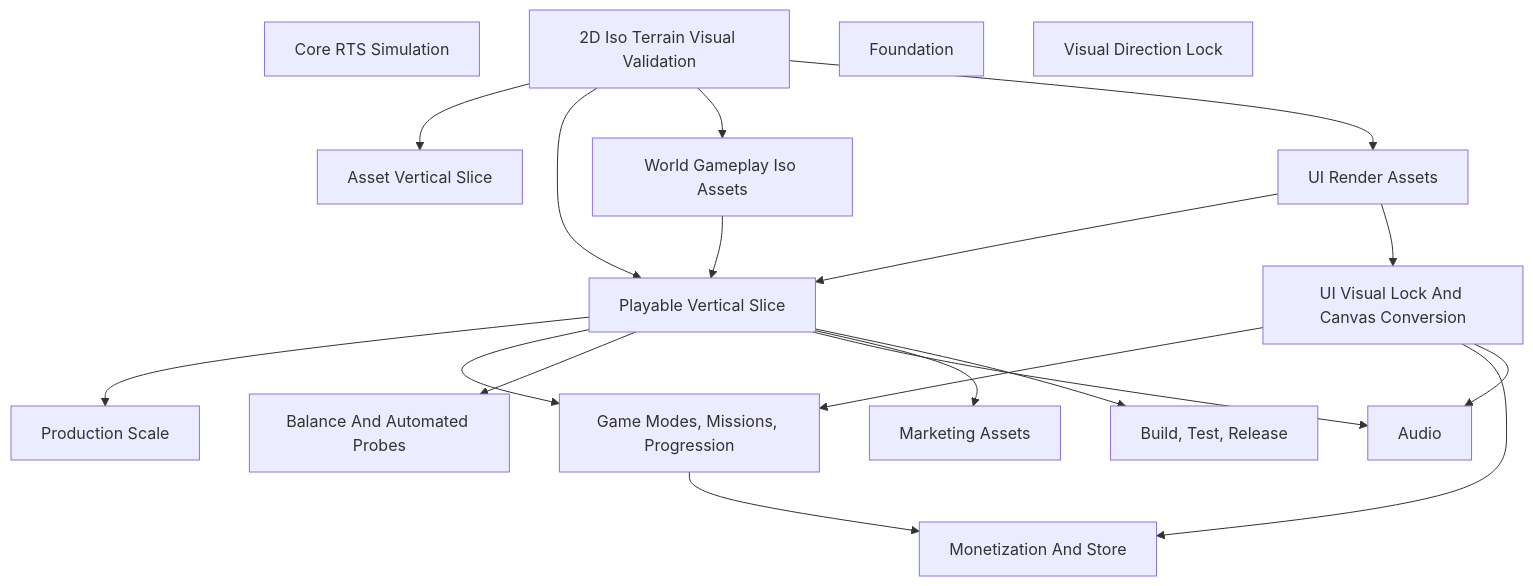
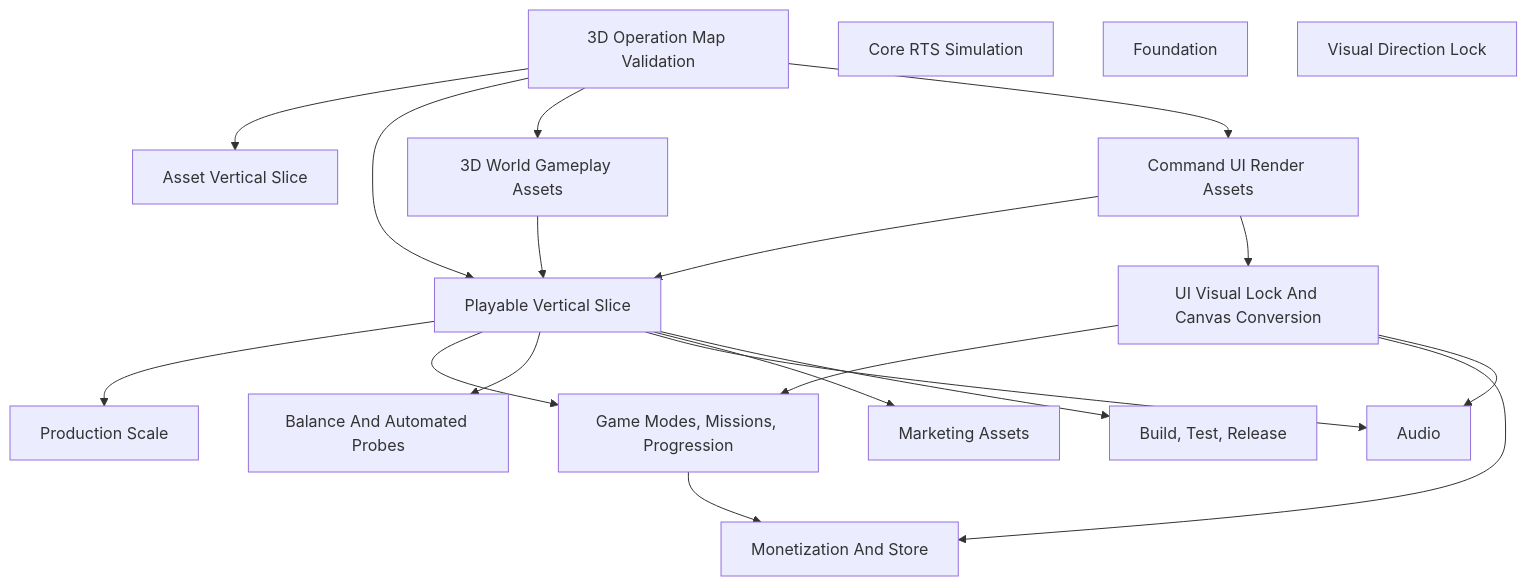
One commit to farhad2na2/WarlineCapture changed the first of 2 diagrams in Design/WarlineCapture_Project_State_Dashboard.md. Above: the diagram before and after it, drawn with Mermaid. The commit also changed other lines of this file and 248 other files, not shown here.

````diff
--- a/Design/WarlineCapture_Project_State_Dashboard.md
+++ b/Design/WarlineCapture_Project_State_Dashboard.md
@@ -51,36 +51,36 @@
 ```mermaid
 flowchart TD
+  plan_3d_operation_map_validation["3D Operation Map Validation"]
+  plan_3d_world_gameplay_assets["3D World Gameplay Assets"]
   plan_audio["Audio"]
   plan_balance_probe["Balance And Automated Probes"]
   plan_build_release["Build, Test, Release"]
+  plan_command_ui_render_assets["Command UI Render Assets"]
   plan_core_simulation["Core RTS Simulation"]
   plan_game_modes_progression["Game Modes, Missions, Progression"]
-  plan_iso_terrain_visual_validation["2D Iso Terrain Visual Validation"]
   plan_marketing["Marketing Assets"]
   plan_monetization_store["Monetization And Store"]
-  plan_ui_render_assets["UI Render Assets"]
   plan_ui_visual_lock["UI Visual Lock And Canvas Conversion"]
-  plan_world_gameplay_assets["World Gameplay Iso Assets"]
   stage_asset_vertical_slice["Asset Vertical Slice"]
   stage_foundation["Foundation"]
   stage_playable_vertical_slice["Playable Vertical Slice"]
   stage_production_scale["Production Scale"]
   stage_visual_direction["Visual Direction Lock"]
-  plan_iso_terrain_visual_validation --> stage_asset_vertical_slice
-  plan_iso_terrain_visual_validation --> stage_playable_vertical_slice
-  plan_world_gameplay_assets --> stage_playable_vertical_slice
-  plan_ui_render_assets --> stage_playable_vertical_slice
+  plan_3d_operation_map_validation --> stage_asset_vertical_slice
+  plan_3d_operation_map_validation --> stage_playable_vertical_slice
+  plan_3d_world_gameplay_assets --> stage_playable_vertical_slice
+  plan_command_ui_render_assets --> stage_playable_vertical_slice
   stage_playable_vertical_slice --> stage_production_scale
-  plan_iso_terrain_visual_validation --> plan_world_gameplay_assets
-  plan_iso_terrain_visual_validation --> plan_ui_render_assets
-  plan_ui_render_assets --> plan_ui_visual_lock
+  plan_3d_operation_map_validation --> plan_3d_world_gameplay_assets
+  plan_3d_operation_map_validation --> plan_command_ui_render_assets
+  plan_command_ui_render_assets --> plan_ui_visual_lock
   stage_playable_vertical_slice --> plan_game_modes_progression
   plan_ui_visual_lock --> plan_game_modes_progression
   stage_playable_vertical_slice --> plan_balance_probe
   plan_ui_visual_lock --> plan_monetization_store
   plan_game_modes_progression --> plan_monetization_store
   stage_playable_vertical_slice --> plan_audio
   plan_ui_visual_lock --> plan_audio
   stage_playable_vertical_slice --> plan_marketing
   stage_playable_vertical_slice --> plan_build_release
 ```
````
